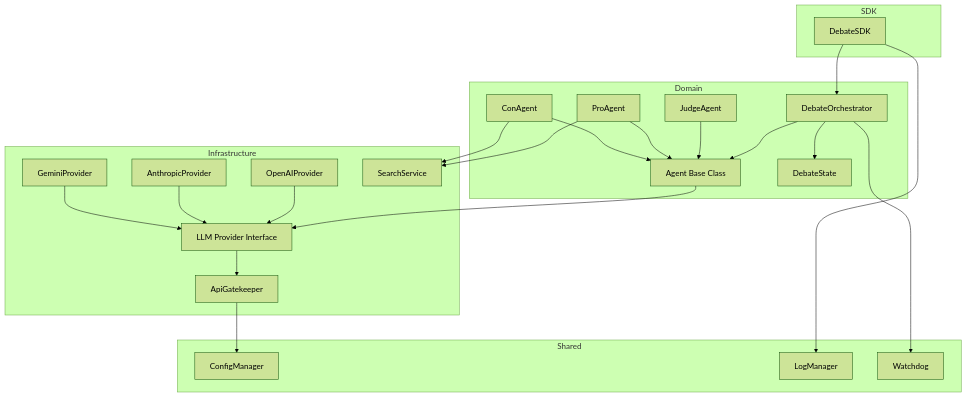
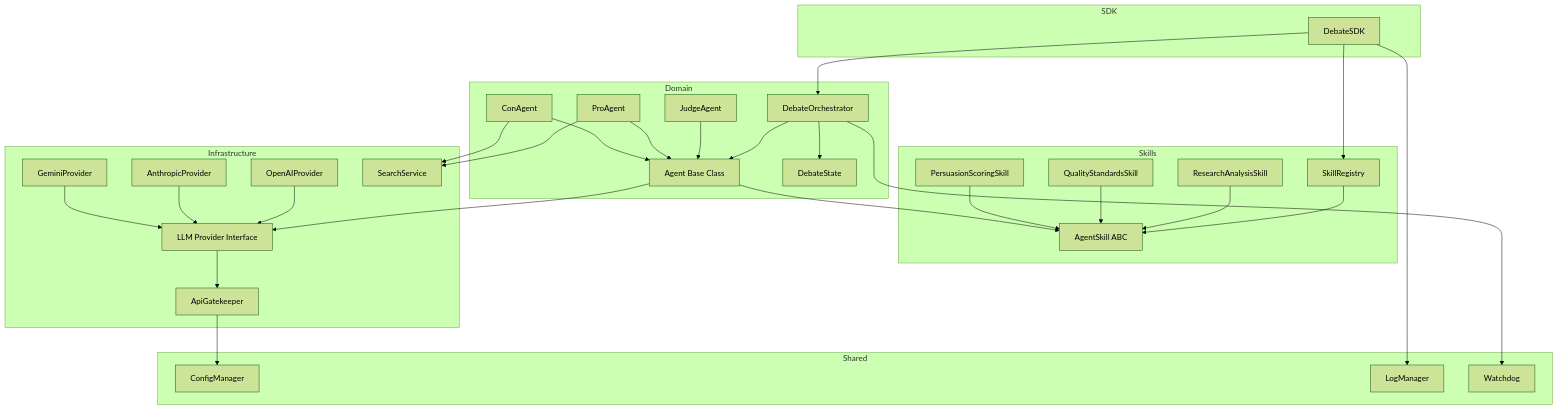
One commit to Us5rName/orchestration-hw2 changed the third of 4 diagrams in docs/PLAN.md. Above: the diagram before and after it, drawn with Mermaid (forest theme). The commit also changed other lines of this file and 2 other files, not shown here.

First line of the commit message:
docs: update PLAN, TODO, and PRD for agent skills phase

````diff
--- a/docs/PLAN.md
+++ b/docs/PLAN.md
@@ -38,47 +41,61 @@
 ```mermaid
 graph TD
     subgraph SDK
         DebateSDK[DebateSDK]
     end
 
     subgraph Domain
         DebateOrchestrator[DebateOrchestrator]
         AgentBase[Agent Base Class]
         JudgeAgent[JudgeAgent]
         ProAgent[ProAgent]
         ConAgent[ConAgent]
         DebateState[DebateState]
+    end
+
+    subgraph Skills
+        AgentSkill[AgentSkill ABC]
+        ResearchAnalysisSkill[ResearchAnalysisSkill]
+        QualityStandardsSkill[QualityStandardsSkill]
+        PersuasionScoringSkill[PersuasionScoringSkill]
+        SkillRegistry[SkillRegistry]
     end
 
     subgraph Infrastructure
         LLMProvider[LLM Provider Interface]
         OpenAIProvider[OpenAIProvider]
         AnthropicProvider[AnthropicProvider]
         GeminiProvider[GeminiProvider]
         ApiGatekeeper[ApiGatekeeper]
         SearchService[SearchService]
     end
 
     subgraph Shared
         ConfigManager[ConfigManager]
         LogManager[LogManager]
         Watchdog[Watchdog]
     end
 
     DebateSDK --> DebateOrchestrator
+    DebateSDK --> SkillRegistry
+    SkillRegistry --> AgentSkill
+    ResearchAnalysisSkill --> AgentSkill
+    QualityStandardsSkill --> AgentSkill
+    PersuasionScoringSkill --> AgentSkill
     DebateOrchestrator --> AgentBase
     JudgeAgent --> AgentBase
     ProAgent --> AgentBase
     ConAgent --> AgentBase
+    AgentBase --> AgentSkill
     AgentBase --> LLMProvider
     OpenAIProvider --> LLMProvider
     AnthropicProvider --> LLMProvider
     GeminiProvider --> LLMProvider
     LLMProvider --> ApiGatekeeper
     ProAgent --> SearchService
     ConAgent --> SearchService
     DebateOrchestrator --> DebateState
     DebateOrchestrator --> Watchdog
     ApiGatekeeper --> ConfigManager
     DebateSDK --> LogManager
 ```
````
